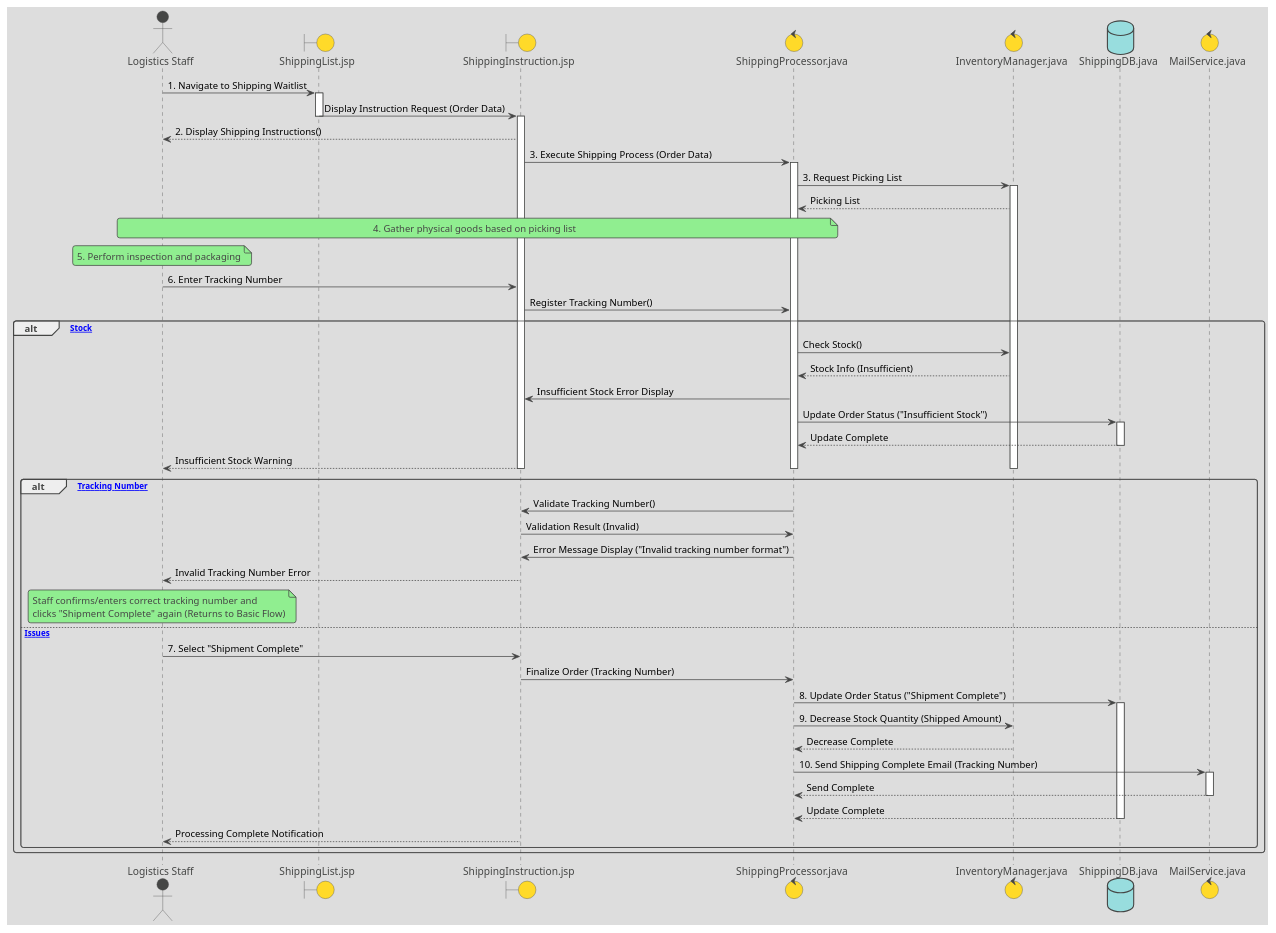
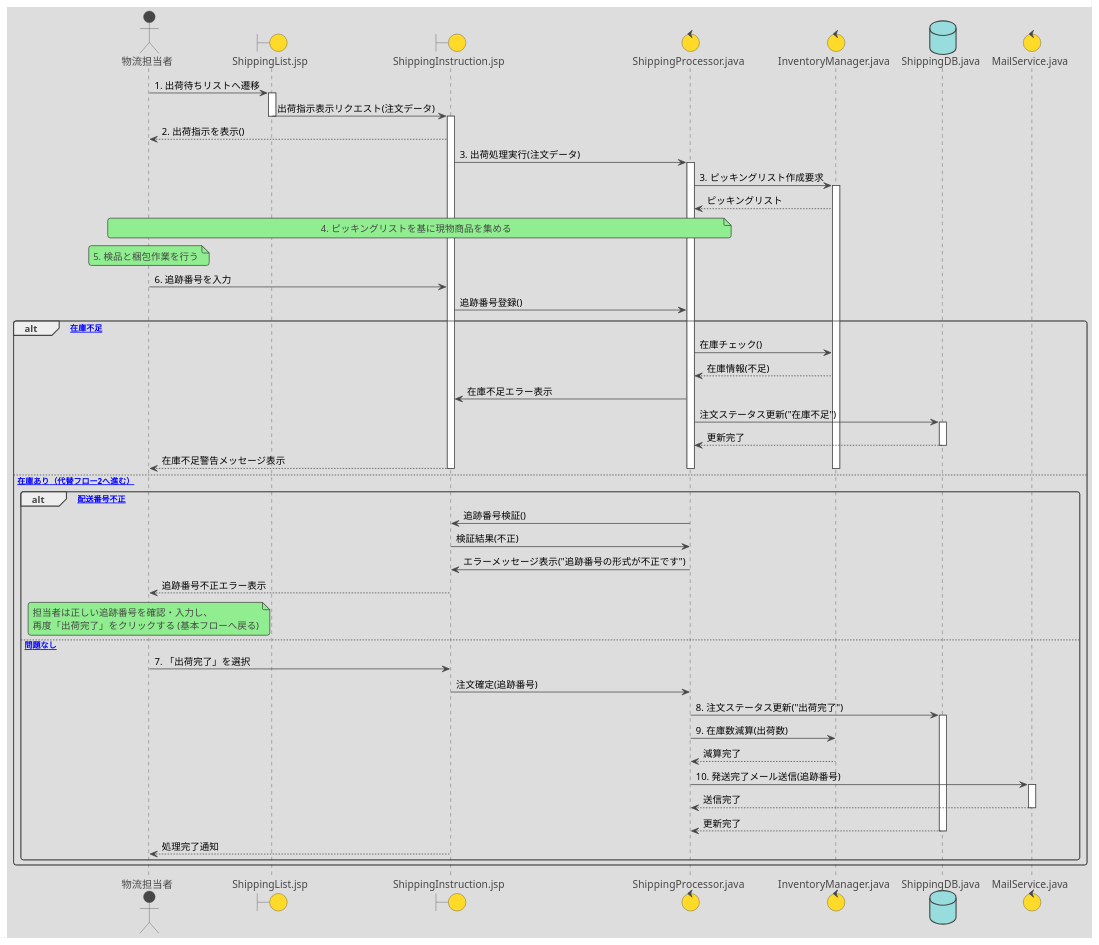
Before and after one commit to mameiku/group3-4: the diagram in Sequence_tyumon.pu, drawn with PlantUML. The commit also changed 3 other files, not shown here.

```diff
--- a/Sequence_tyumon.pu
+++ b/Sequence_tyumon.pu
@@ -1,114 +1,115 @@
 @startuml ShippingPreparationSequenceDiagram
 !theme toy
 
 ' ====================================================================
 ' Participant Definitions (Using .jsp and .java notation)
 ' ====================================================================
-actor LogisticsStaff as "Logistics Staff"
+actor LogisticsStaff as "物流担当者"
 boundary ShippingListJSP as "ShippingList.jsp"
 boundary ShippingInstructionJSP as "ShippingInstruction.jsp"
 control ShippingProcessorJava as "ShippingProcessor.java"
 control InventoryManagerJava as "InventoryManager.java"
 database ShippingDBJava as "ShippingDB.java"
 control MailServiceJava as "MailService.java"
 
 ' ====================================================================
-' Basic Flow
+' Basic Flow (基本フロー)
 ' ====================================================================
 
-' 1. Logistics staff navigates from the management screen to the "Shipping Waitlist".
-LogisticsStaff -> ShippingListJSP : 1. Navigate to Shipping Waitlist
+' 1. 物流担当者は、出荷管理画面から「出荷待ちリスト」へ遷移する
+LogisticsStaff -> ShippingListJSP : 1. 出荷待ちリストへ遷移
 activate ShippingListJSP
 
-' 2. The system selects an order awaiting shipment and displays "Shipping Instructions".
-ShippingListJSP -> ShippingInstructionJSP : Display Instruction Request (Order Data)
+' 2. システムは出荷待ちの注文を選び、「出荷指示」を表示する
+ShippingListJSP -> ShippingInstructionJSP : 出荷指示表示リクエスト(注文データ)
 deactivate ShippingListJSP
 activate ShippingInstructionJSP
 
-ShippingInstructionJSP --> LogisticsStaff : 2. Display Shipping Instructions()
+ShippingInstructionJSP --> LogisticsStaff : 2. 出荷指示を表示()
 
-' 3. The system executes the shipping process based on the order and creates a picking list.
-ShippingInstructionJSP -> ShippingProcessorJava : 3. Execute Shipping Process (Order Data)
+' 3. システムは、注文内容に基づき出荷処理を実行し、ピッキングリストを作成する
+ShippingInstructionJSP -> ShippingProcessorJava : 3. 出荷処理実行(注文データ)
 activate ShippingProcessorJava
 
-ShippingProcessorJava -> InventoryManagerJava : 3. Request Picking List
+ShippingProcessorJava -> InventoryManagerJava : 3. ピッキングリスト作成要求
 activate InventoryManagerJava
-InventoryManagerJava --> ShippingProcessorJava : Picking List
+InventoryManagerJava --> ShippingProcessorJava : ピッキングリスト
 
-' 4. The actor gathers physical goods from the warehouse based on the picking list.
-Note over LogisticsStaff, ShippingProcessorJava : 4. Gather physical goods based on picking list
+' 4. アクターは、ピッキングリストを基に、倉庫から現物商品を集める
+Note over LogisticsStaff, ShippingProcessorJava : 4. ピッキングリストを基に現物商品を集める
 
-' 5. The actor inspects and packs the goods.
-Note over LogisticsStaff : 5. Perform inspection and packaging
+' 5. アクターは、商品の検品と梱包作業を行う
+Note over LogisticsStaff : 5. 検品と梱包作業を行う
 
-' 6. The actor issues the shipping slip and enters the tracking number into the system.
-LogisticsStaff -> ShippingInstructionJSP : 6. Enter Tracking Number
-ShippingInstructionJSP -> ShippingProcessorJava : Register Tracking Number()
+' 6. アクターは、配送伝票の発行と追跡番号をシステムに入力する
+LogisticsStaff -> ShippingInstructionJSP : 6. 追跡番号を入力
+ShippingInstructionJSP -> ShippingProcessorJava : 追跡番号登録()
 
-' --- Alternative Flow 1: Cannot ship due to insufficient stock (Fork at Basic Flow 3) ---
-alt [Insufficient Stock]
+' --- Alternative Flow 1: Cannot ship due to insufficient stock (代替フロー 1: 在庫不足) ---
+alt [在庫不足]
     ' Basic Flow 3. System checks stock.
-    ShippingProcessorJava -> InventoryManagerJava : Check Stock()
-    InventoryManagerJava --> ShippingProcessorJava : Stock Info (Insufficient)
+    ShippingProcessorJava -> InventoryManagerJava : 在庫チェック()
+    InventoryManagerJava --> ShippingProcessorJava : 在庫情報(不足)
     
-    ' Alt 1-1. System detects insufficient stock during processing.
-    ShippingProcessorJava -> ShippingInstructionJSP : Insufficient Stock Error Display
+    ' Alt 1-1. システムは、出荷処理時に対象商品の在庫が不足していることを検知する
+    ShippingProcessorJava -> ShippingInstructionJSP : 在庫不足エラー表示
     
-    ' Alt 1-2. System updates the order status to "Insufficient Stock".
-    ShippingProcessorJava -> ShippingDBJava : Update Order Status ("Insufficient Stock")
+    ' Alt 1-2. システムは、当該注文を「在庫不足」ステータスに更新
+    ShippingProcessorJava -> ShippingDBJava : 注文ステータス更新("在庫不足")
     activate ShippingDBJava
-    ShippingDBJava --> ShippingProcessorJava : Update Complete
+    ShippingDBJava --> ShippingProcessorJava : 更新完了
     deactivate ShippingDBJava
 
-    ' Alt 1-3. Display warning message to the actor.
-    ShippingInstructionJSP --> LogisticsStaff : Insufficient Stock Warning
+    ' Alt 1-3. アクターに警告メッセージを表示
+    ShippingInstructionJSP --> LogisticsStaff : 在庫不足警告メッセージ表示
 
     deactivate InventoryManagerJava
     deactivate ShippingProcessorJava
     deactivate ShippingInstructionJSP
 
-' --- Alternative Flow 2: Invalid format for tracking number (Fork at Basic Flow 6) ---
-alt [Invalid Tracking Number]
-    ShippingProcessorJava -> ShippingInstructionJSP : Validate Tracking Number()
-    ShippingInstructionJSP -> ShippingProcessorJava : Validation Result (Invalid)
+else [在庫あり（代替フロー2へ進む）]
+' --- Alternative Flow 2: Invalid format for tracking number (代替フロー 2: 配送番号不正) ---
+alt [配送番号不正]
+    ShippingProcessorJava -> ShippingInstructionJSP : 追跡番号検証()
+    ShippingInstructionJSP -> ShippingProcessorJava : 検証結果(不正)
 
-    ' Alt 2-1. System displays an error message.
-    ShippingProcessorJava -> ShippingInstructionJSP : Error Message Display ("Invalid tracking number format")
+    ' Alt 2-1. システムは、エラーメッセージを表示する
+    ShippingProcessorJava -> ShippingInstructionJSP : エラーメッセージ表示("追跡番号の形式が不正です")
     deactivate ShippingProcessorJava
-    ShippingInstructionJSP --> LogisticsStaff : Invalid Tracking Number Error
+    ShippingInstructionJSP --> LogisticsStaff : 追跡番号不正エラー表示
     
-    Note over LogisticsStaff : Staff confirms/enters correct tracking number and\nclicks "Shipment Complete" again (Returns to Basic Flow)
+    Note over LogisticsStaff : 担当者は正しい追跡番号を確認・入力し、\n再度「出荷完了」をクリックする (基本フローへ戻る)
     deactivate ShippingInstructionJSP
     
-else [No Issues]
-    ' 7. The actor selects the "Shipment Complete" button.
-    LogisticsStaff -> ShippingInstructionJSP : 7. Select "Shipment Complete"
-    ShippingInstructionJSP -> ShippingProcessorJava : Finalize Order (Tracking Number)
+else [問題なし]
+    ' 7. The actor selects the "Shipment Complete" button. (アクターは「出荷完了」ボタンを選択する)
+    LogisticsStaff -> ShippingInstructionJSP : 7. 「出荷完了」を選択
+    ShippingInstructionJSP -> ShippingProcessorJava : 注文確定(追跡番号)
     
-    ' 8. The system updates the order status to "Shipment Complete".
-    ShippingProcessorJava -> ShippingDBJava : 8. Update Order Status ("Shipment Complete")
+    ' 8. The system updates the order status to "Shipment Complete". (注文のステータスを「出荷完了」に更新する)
+    ShippingProcessorJava -> ShippingDBJava : 8. 注文ステータス更新("出荷完了")
     activate ShippingDBJava
 
-    ' 9. The system reduces the stock quantity of the shipped goods.
-    ShippingProcessorJava -> InventoryManagerJava : 9. Decrease Stock Quantity (Shipped Amount)
-    InventoryManagerJava --> ShippingProcessorJava : Decrease Complete
+    ' 9. The system reduces the stock quantity of the shipped goods. (出荷された商品の在庫数を減算する)
+    ShippingProcessorJava -> InventoryManagerJava : 9. 在庫数減算(出荷数)
+    InventoryManagerJava --> ShippingProcessorJava : 減算完了
     deactivate InventoryManagerJava
 
-    ' 10. The system automatically sends a shipping completion email including the tracking number to the customer.
-    ShippingProcessorJava -> MailServiceJava : 10. Send Shipping Complete Email (Tracking Number)
+    ' 10. The system automatically sends a shipping completion email including the tracking number to the customer. (追跡番号を含む発送完了メールを顧客に自動送信する)
+    ShippingProcessorJava -> MailServiceJava : 10. 発送完了メール送信(追跡番号)
     activate MailServiceJava
-    MailServiceJava --> ShippingProcessorJava : Send Complete
+    MailServiceJava --> ShippingProcessorJava : 送信完了
     deactivate MailServiceJava
 
-    ShippingDBJava --> ShippingProcessorJava : Update Complete
+    ShippingDBJava --> ShippingProcessorJava : 更新完了
     deactivate ShippingDBJava
     
     ' Post-condition: Update screen display and return to list.
     deactivate ShippingProcessorJava
-    ShippingInstructionJSP --> LogisticsStaff : Processing Complete Notification
+    ShippingInstructionJSP --> LogisticsStaff : 処理完了通知
     deactivate ShippingInstructionJSP
 
-end ' Close Alternative Flow 2 alt
-end ' Close Alternative Flow 1 alt
+end ' 代替フロー 2 alt を閉じる
+end ' 代替フロー 1 alt を閉じる
 
 @enduml
```
